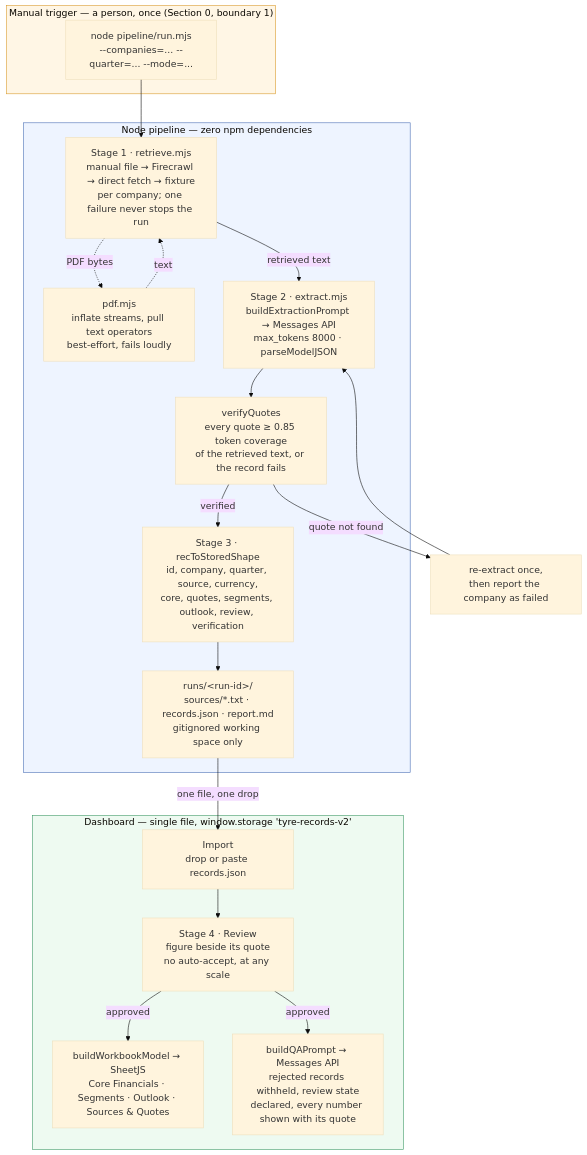
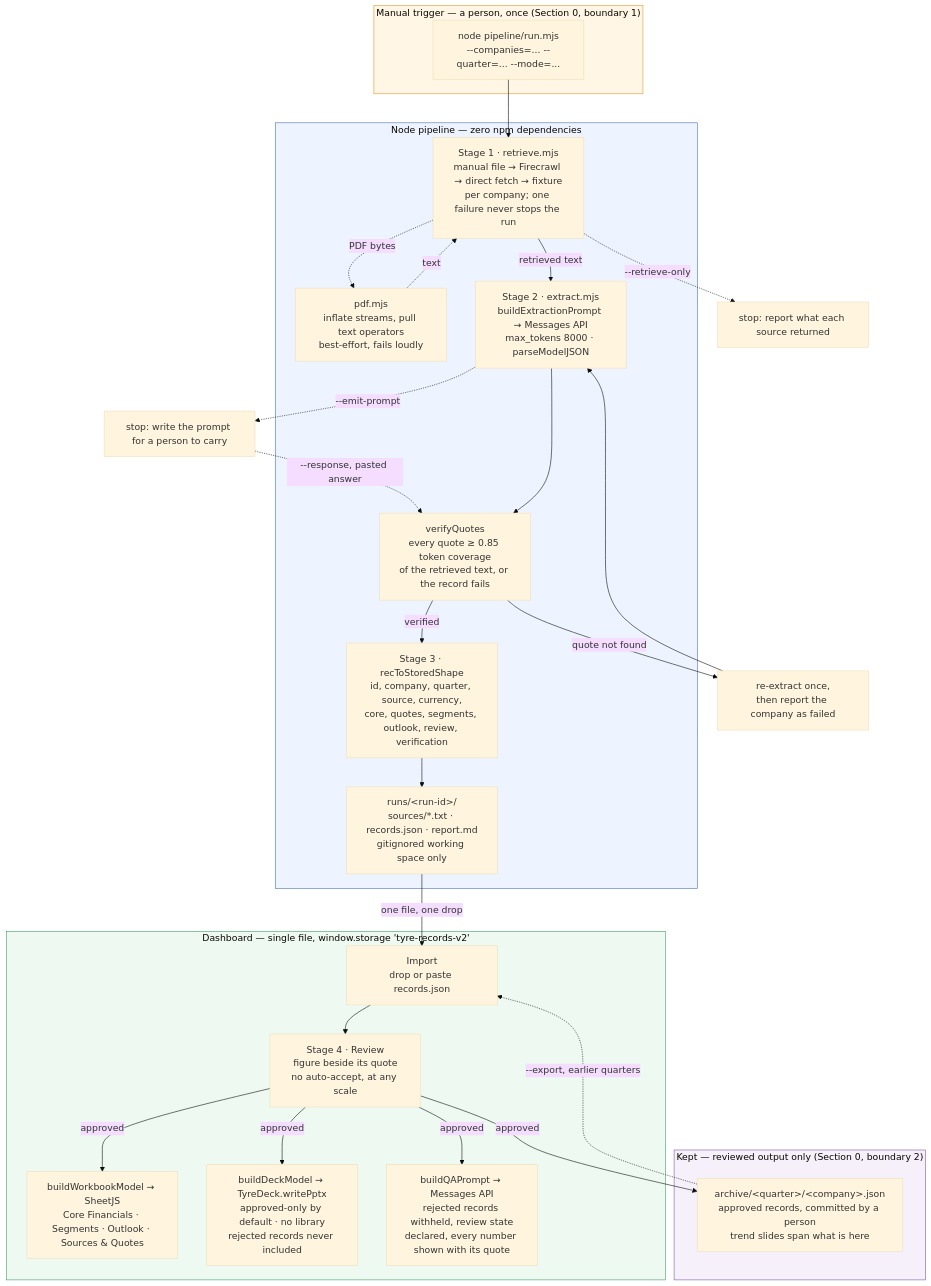
Before and after one commit to aradhyatripathi/letsSee: the diagram in docs/ARCHITECTURE.md, drawn with Mermaid (base theme). The commit also changed other lines of this file and 4 other files, not shown here.

````diff
--- a/docs/ARCHITECTURE.md
+++ b/docs/ARCHITECTURE.md
@@ -62,40 +71,52 @@
 ```mermaid
 flowchart TD
     subgraph trigger["Manual trigger — a person, once (Section 0, boundary 1)"]
         CLI["node pipeline/run.mjs\n--companies=... --quarter=... --mode=..."]
     end
 
     subgraph node["Node pipeline — zero npm dependencies"]
         R["Stage 1 · retrieve.mjs\nmanual file → Firecrawl → direct fetch → fixture\nper company; one failure never stops the run"]
         P["pdf.mjs\ninflate streams, pull text operators\nbest-effort, fails loudly"]
         X["Stage 2 · extract.mjs\nbuildExtractionPrompt → Messages API\nmax_tokens 8000 · parseModelJSON"]
         V["verifyQuotes\nevery quote ≥ 0.85 token coverage\nof the retrieved text, or the record fails"]
         S["Stage 3 · recToStoredShape\nid, company, quarter, source, currency,\ncore, quotes, segments, outlook, review, verification"]
         W["runs/&lt;run-id&gt;/\nsources/*.txt · records.json · report.md\ngitignored working space only"]
     end
 
     subgraph browser["Dashboard — single file, window.storage 'tyre-records-v2'"]
         I["Import\ndrop or paste records.json"]
         Q["Stage 4 · Review\nfigure beside its quote\nno auto-accept, at any scale"]
         E["buildWorkbookModel → SheetJS\nCore Financials · Segments · Outlook · Sources &amp; Quotes"]
+        D["buildDeckModel → TyreDeck.writePptx\napproved-only by default · no library\nrejected records never included"]
         A["buildQAPrompt → Messages API\nrejected records withheld, review state\ndeclared, every number shown with its quote"]
+    end
+
+    subgraph kept["Kept — reviewed output only (Section 0, boundary 2)"]
+        AR["archive/&lt;quarter&gt;/&lt;company&gt;.json\napproved records, committed by a person\ntrend slides span what is here"]
     end
 
     CLI --> R
     R -.->|PDF bytes| P
     P -.->|text| R
     R -->|retrieved text| X
+    R -.->|--retrieve-only| STOP1["stop: report what each source returned"]
+    X -.->|--emit-prompt| STOP2["stop: write the prompt for a person to carry"]
+    STOP2 -.->|--response, pasted answer| V
     X --> V
     V -->|verified| S
     V -->|quote not found| RETRY["re-extract once,\nthen report the company as failed"]
     RETRY --> X
     S --> W
     W -->|one file, one drop| I
     I --> Q
     Q -->|approved| E
+    Q -->|approved| D
     Q -->|approved| A
+    Q -->|approved| AR
+    AR -.->|--export, earlier quarters| I
 
     style trigger fill:#fff6e5,stroke:#d99a2b
     style node fill:#eef4ff,stroke:#4a6fb5
     style browser fill:#eefaf1,stroke:#3f9a68
+    style kept fill:#f6f0fb,stroke:#7d5ba6
 ```
````
